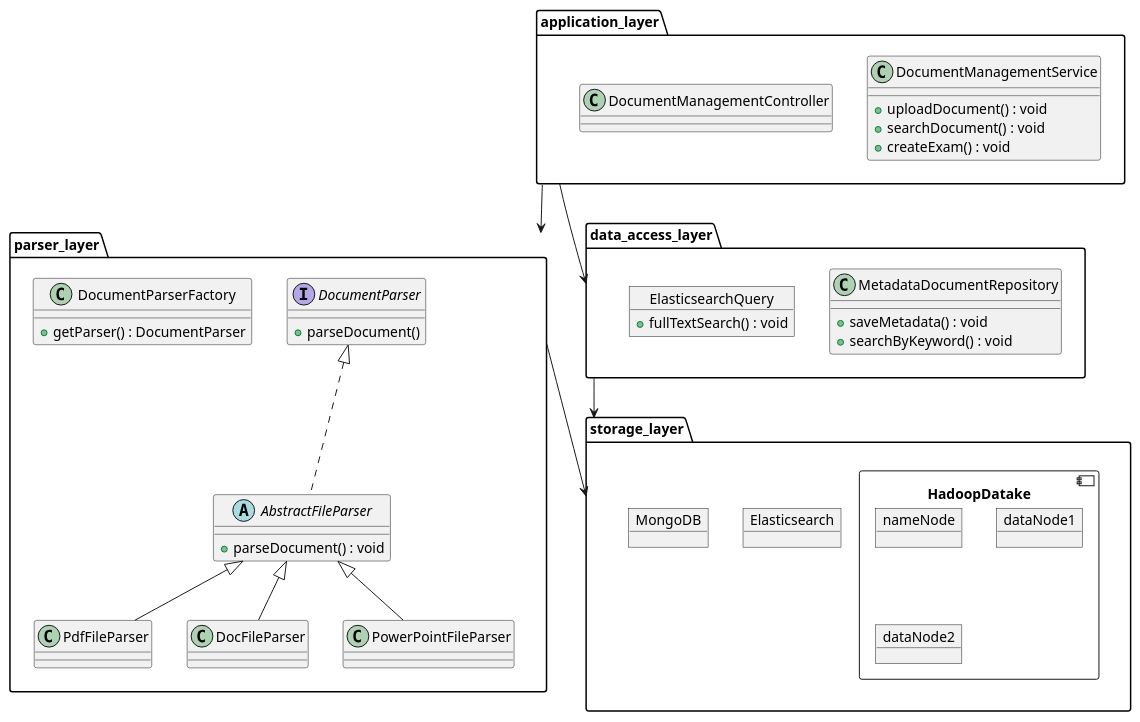
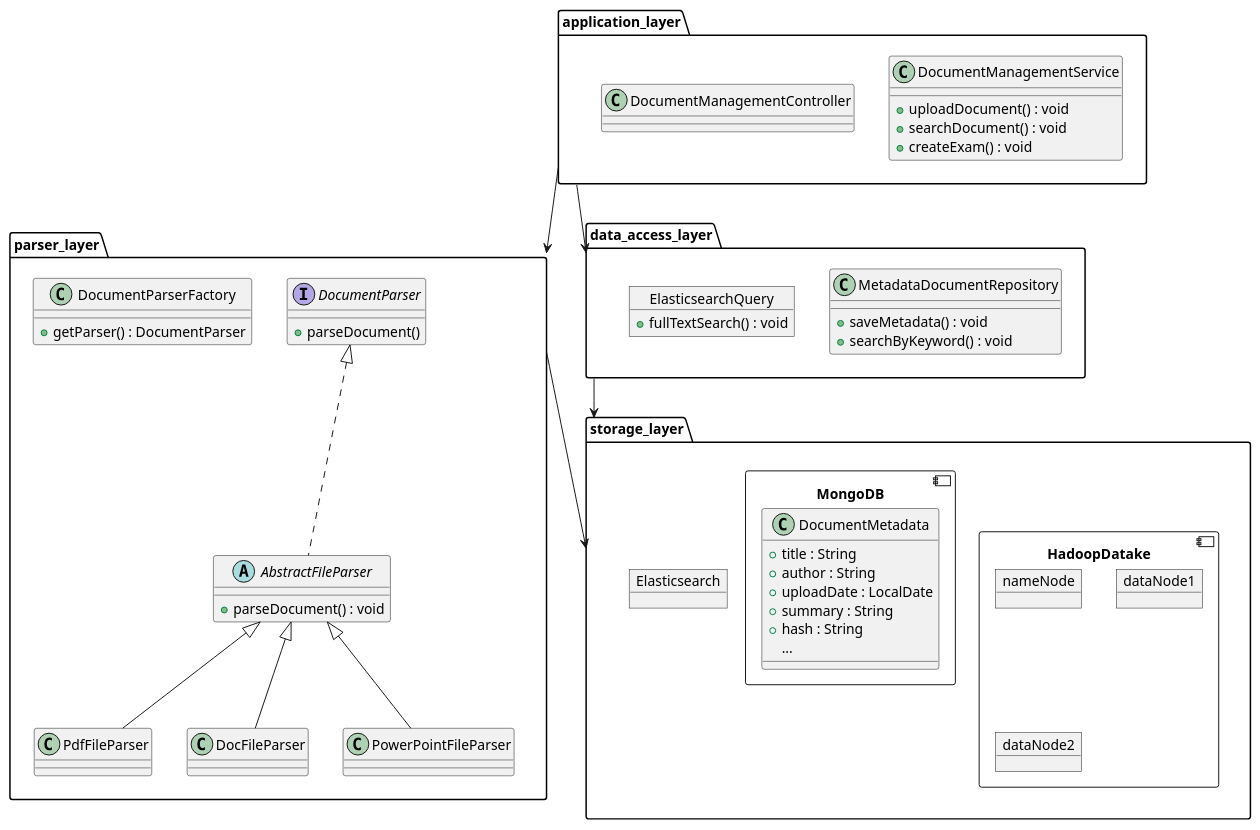
The diagram in src/main/java/org/example/sem_backend/modules/document_module/document/Document_management_class_diagram.puml (tammysensitive2312/SEM_Software_back-end), drawn with PlantUML before and after one commit. The commit also changed 13 other files, not shown here.

```diff
--- a/src/main/java/org/example/sem_backend/modules/document_module/document/Document_management_class_diagram.puml
+++ b/src/main/java/org/example/sem_backend/modules/document_module/document/Document_management_class_diagram.puml
@@ -1,56 +1,66 @@
 @startuml
 
 package application_layer {
 class DocumentManagementService {
     +uploadDocument() : void
     +searchDocument() : void
     +createExam() : void
     }
 class DocumentManagementController {
 }
 }
 package parser_layer {
 interface DocumentParser {
     +parseDocument()
 }
 
 abstract class AbstractFileParser implements DocumentParser {
     +parseDocument() : void
 }
 
 class PdfFileParser extends AbstractFileParser {}
 class DocFileParser extends AbstractFileParser {}
 class PowerPointFileParser extends AbstractFileParser {}
 
 
 class DocumentParserFactory {
     +getParser() : DocumentParser
 }
 }
 package data_access_layer {
 class MetadataDocumentRepository {
     +saveMetadata() : void
     +searchByKeyword() : void
 }
 object ElasticsearchQuery {
     +fullTextSearch() : void
     }
 
 
 }
 package storage_layer {
 component HadoopDatake {
 object nameNode
 object dataNode1
 object dataNode2
 }
 object Elasticsearch
-object MongoDB
+component MongoDB {
+class DocumentMetadata {
+    +title : String
+    +author : String
+    +uploadDate : LocalDate
+    +summary : String
+    +hash : String
+    ...
+    }\
+
+}
 }
 
 application_layer --> parser_layer
 application_layer --> data_access_layer
 parser_layer --> storage_layer
 data_access_layer --> storage_layer
 
 @enduml
```
